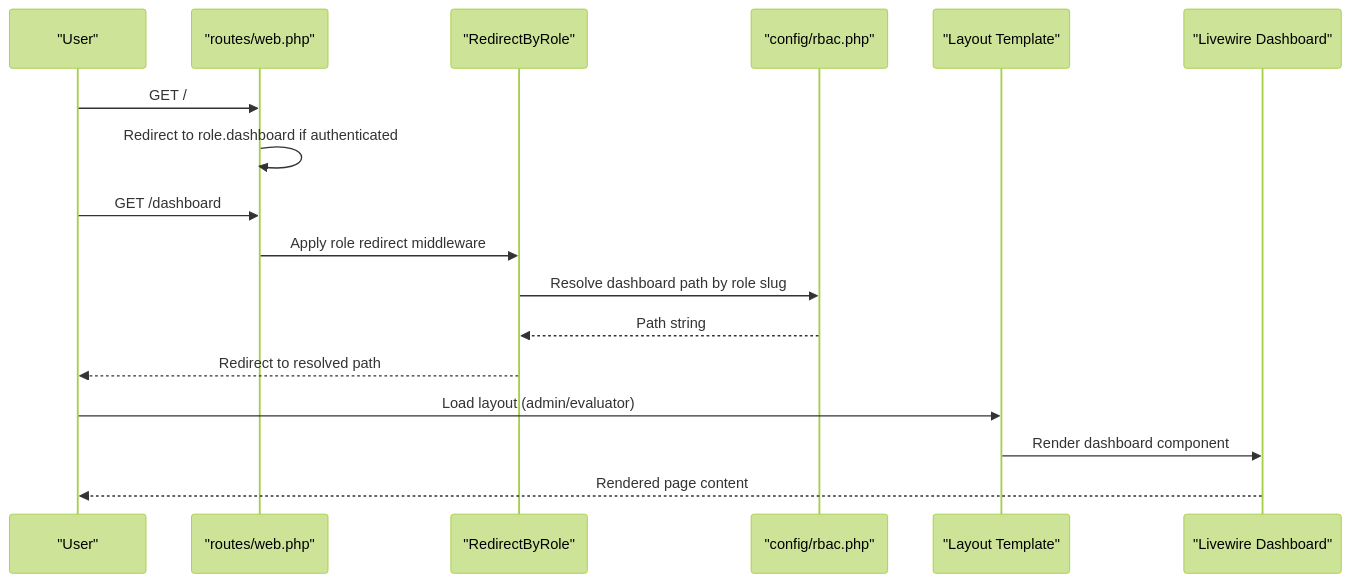
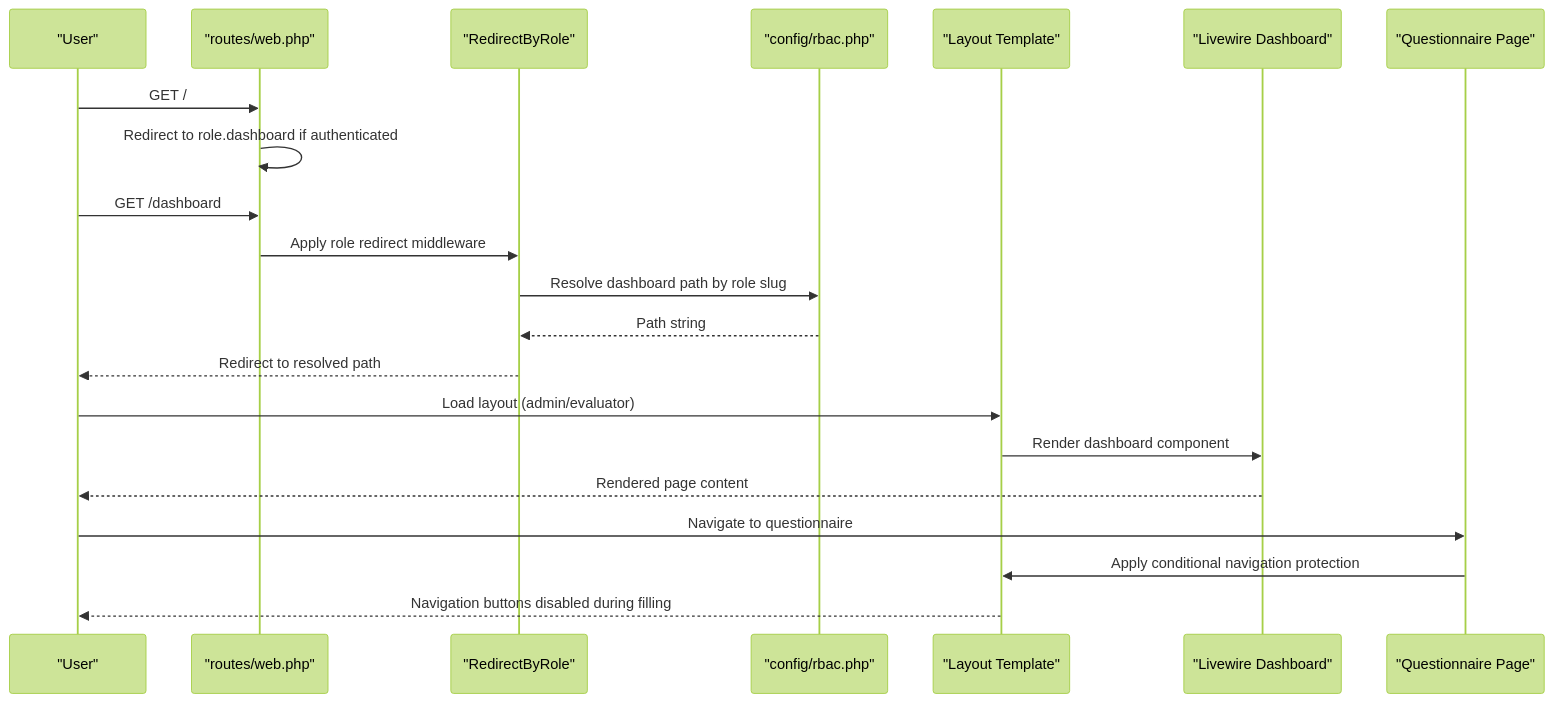
Before and after one commit to rudicatsmile/assesment360: the second of 7 diagrams in .qoder/repowiki/en/content/Core Features/User Dashboard Systems/Dashboard Navigation & Layout.md, drawn with Mermaid (forest theme). The commit also changed other lines of this file and 5 other files, not shown here.

````diff
--- a/.qoder/repowiki/en/content/Core Features/User Dashboard Systems/Dashboard Navigation & Layout.md
+++ b/.qoder/repowiki/en/content/Core Features/User Dashboard Systems/Dashboard Navigation & Layout.md
@@ -132,19 +148,23 @@
 ```mermaid
 sequenceDiagram
 participant U as "User"
 participant RT as "routes/web.php"
 participant MW as "RedirectByRole"
 participant CFG as "config/rbac.php"
 participant L as "Layout Template"
 participant LW as "Livewire Dashboard"
+participant Q as "Questionnaire Page"
 U->>RT : GET /
 RT->>RT : Redirect to role.dashboard if authenticated
 U->>RT : GET /dashboard
 RT->>MW : Apply role redirect middleware
 MW->>CFG : Resolve dashboard path by role slug
 CFG-->>MW : Path string
 MW-->>U : Redirect to resolved path
 U->>L : Load layout (admin/evaluator)
 L->>LW : Render dashboard component
 LW-->>U : Rendered page content
+U->>Q : Navigate to questionnaire
+Q->>L : Apply conditional navigation protection
+L-->>U : Navigation buttons disabled during filling
 ```
````
